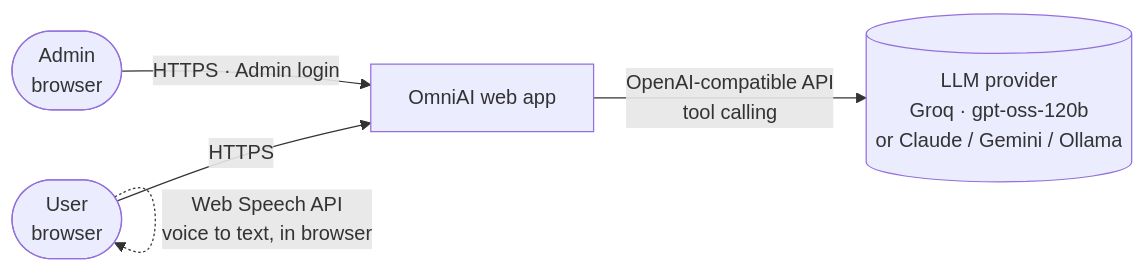
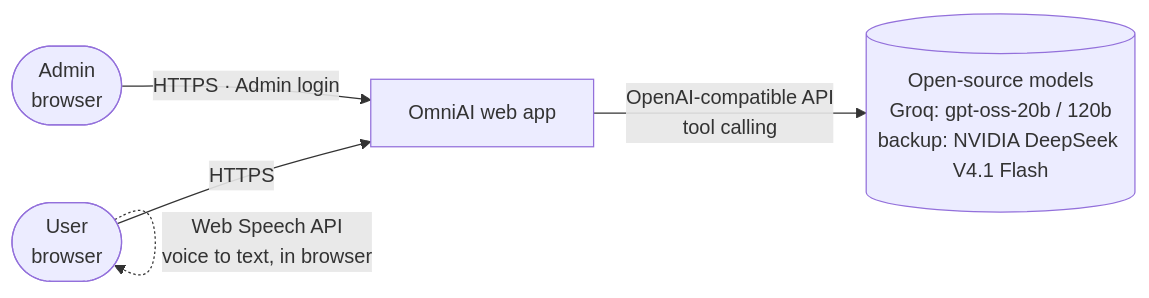
Before and after one commit to NeoAnushka21/tracker_poc: the first of 7 diagrams in docs/hld.md, drawn with Mermaid. The commit also changed other lines of this file and 11 other files, not shown here.

First line of the commit message:
NVIDIA backup provider, stricter licence gate, consent update, live-tested routing

````diff
--- a/docs/hld.md
+++ b/docs/hld.md
@@ -20,7 +20,7 @@
 ```mermaid
 flowchart LR
     U([User<br/>browser]) -->|HTTPS| APP[OmniAI web app]
     A([Admin<br/>browser]) -->|HTTPS · Admin login| APP
-    APP -->|OpenAI-compatible API<br/>tool calling| LLM[(LLM provider<br/>Groq · gpt-oss-120b<br/>or Claude / Gemini / Ollama)]
+    APP -->|OpenAI-compatible API<br/>tool calling| LLM[(Open-source models<br/>Groq: gpt-oss-20b / 120b<br/>backup: NVIDIA DeepSeek V4.1 Flash)]
     U -.->|Web Speech API<br/>voice to text, in browser| U
 ```
````
